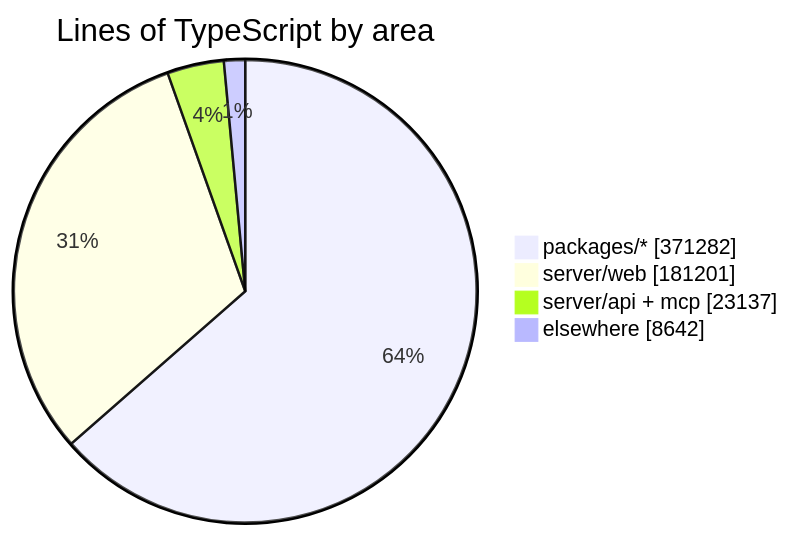
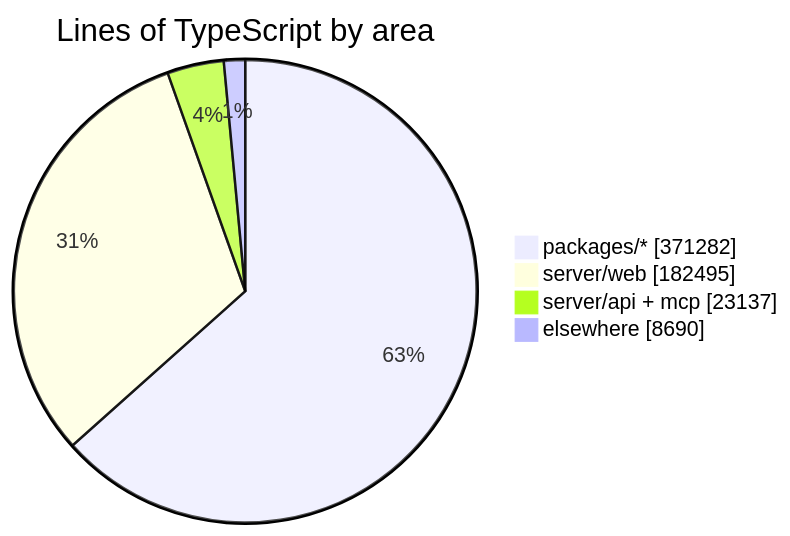
The diagram in README.md (crossworks-engineering/mantle), drawn with Mermaid before and after one commit. The commit also changed other lines of this file and 2 other files, not shown here.

````diff
--- a/README.md
+++ b/README.md
@@ -294,7 +294,7 @@
 ```mermaid
 pie showData title Lines of TypeScript by area
     "packages/*" : 371282
-    "server/web" : 181201
+    "server/web" : 182495
     "server/api + mcp" : 23137
-    "elsewhere" : 8642
+    "elsewhere" : 8690
 ```
````
